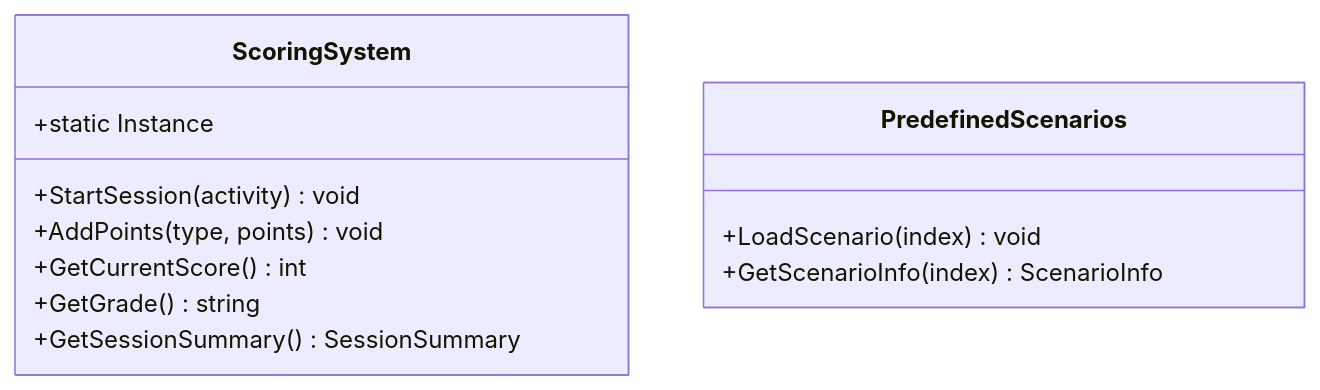
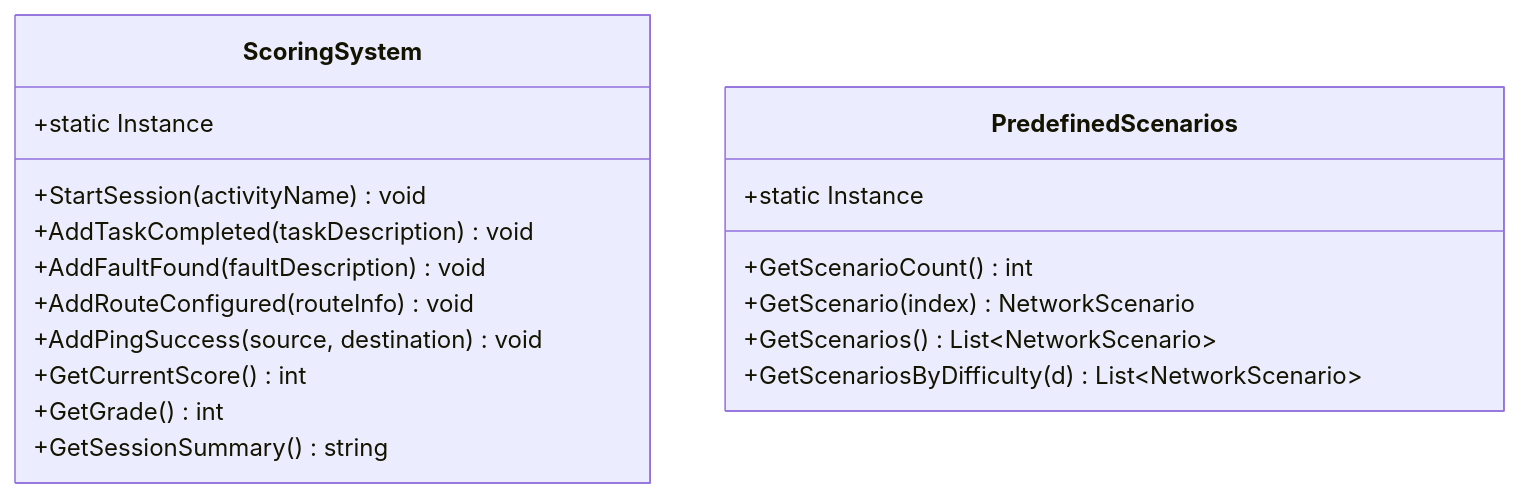
Before and after one commit to Josmarinr/ProyectoGI_SimuladorRedesIDEUM: the fourth of 4 diagrams in docs/diagrams/mermaid/04-class-simulation.md, drawn with Mermaid. The commit also changed other lines of this file and 28 other files, not shown here.

````diff
--- a/docs/diagrams/mermaid/04-class-simulation.md
+++ b/docs/diagrams/mermaid/04-class-simulation.md
@@ -143,16 +221,22 @@
 ```mermaid
 classDiagram
     class ScoringSystem {
         +static Instance
-        +StartSession(activity) void
-        +AddPoints(type, points) void
+        +StartSession(activityName) void
+        +AddTaskCompleted(taskDescription) void
+        +AddFaultFound(faultDescription) void
+        +AddRouteConfigured(routeInfo) void
+        +AddPingSuccess(source, destination) void
         +GetCurrentScore() int
-        +GetGrade() string
-        +GetSessionSummary() SessionSummary
+        +GetGrade() int
+        +GetSessionSummary() string
     }
 
     class PredefinedScenarios {
-        +LoadScenario(index) void
-        +GetScenarioInfo(index) ScenarioInfo
+        +static Instance
+        +GetScenarioCount() int
+        +GetScenario(index) NetworkScenario
+        +GetScenarios() List~NetworkScenario~
+        +GetScenariosByDifficulty(d) List~NetworkScenario~
     }
 ```
````
